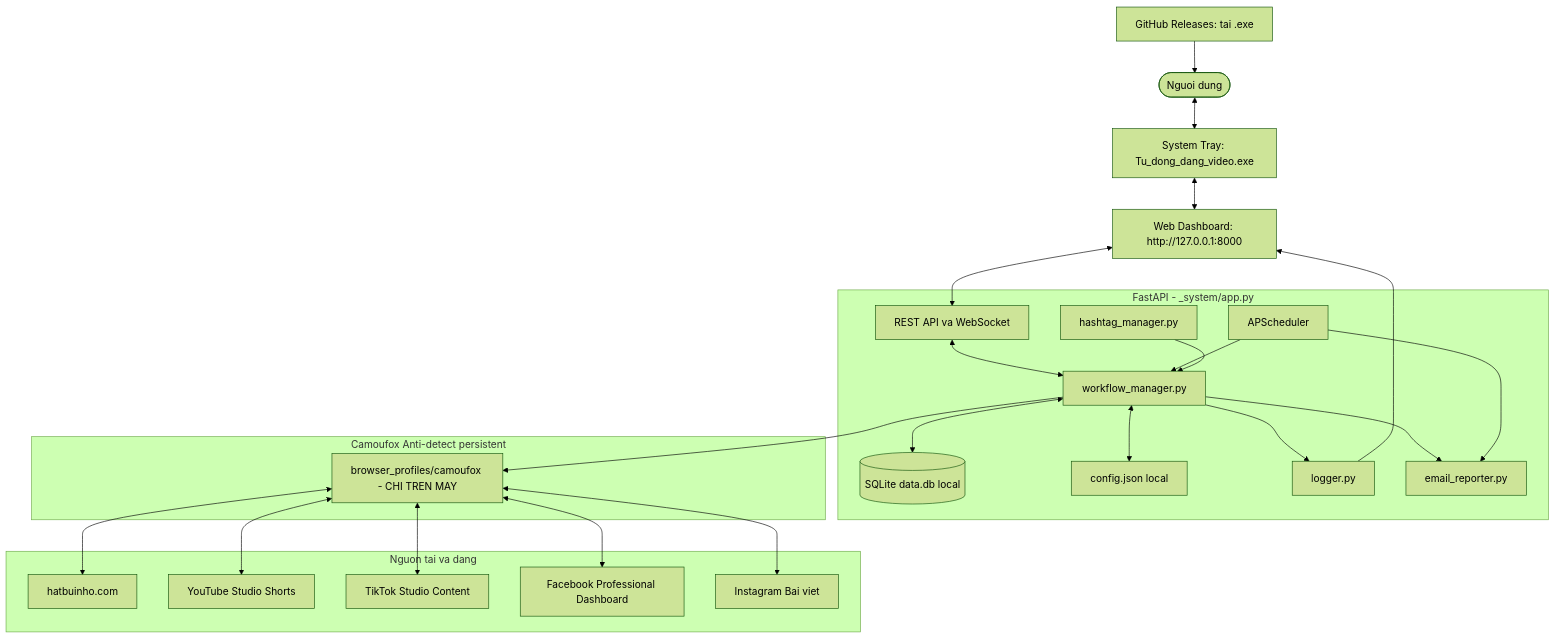
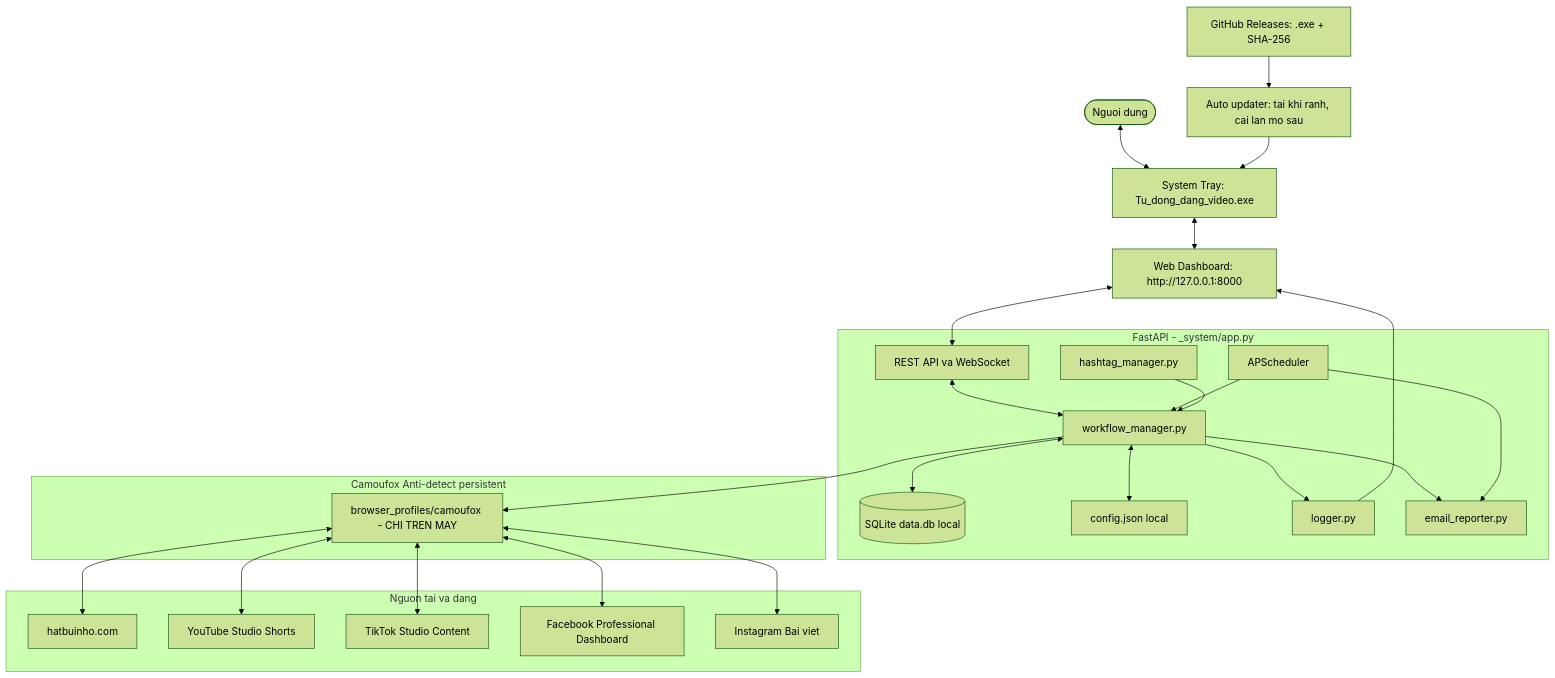
One commit to ngonco/dangvideo changed the diagram in _system/SYSTEM_MAP.MD. Above: the diagram before and after it, drawn with Mermaid (forest theme). The commit also changed other lines of this file and 23 other files, not shown here.

Commit message:
Release v1.12.0: dong goi exe qua GitHub Releases

````diff
--- a/_system/SYSTEM_MAP.MD
+++ b/_system/SYSTEM_MAP.MD
@@ -32,45 +32,46 @@
 ```mermaid
 graph TD
     User([Nguoi dung]) <--> Tray[System Tray: Tu_dong_dang_video.exe]
     Tray <--> Dashboard[Web Dashboard: http://127.0.0.1:8000]
-    GhRelease[GitHub Releases: tai .exe] --> User
+    GhRelease[GitHub Releases: .exe + SHA-256] --> Updater[Auto updater: tai khi ranh, cai lan mo sau]
+    Updater --> Tray
 
     subgraph CoreBackend [FastAPI - _system/app.py]
         API[REST API va WebSocket]
         Scheduler[APScheduler]
         WorkflowMgr[workflow_manager.py]
         DB[(SQLite data.db local)]
         ConfigMgr[config.json local]
         Logger[logger.py]
         HashtagMgr[hashtag_manager.py]
         EmailReporter[email_reporter.py]
     end
 
     subgraph BrowserEngine [Camoufox Anti-detect persistent]
         Browser[browser_profiles/camoufox - CHI TREN MAY]
     end
 
     subgraph Platforms [Nguon tai va dang]
         HatBuiNho[hatbuinho.com]
         YT[YouTube Studio Shorts]
         TT[TikTok Studio Content]
         FB[Facebook Professional Dashboard]
         IG[Instagram Bai viet]
     end
 
     Dashboard <--> API
     API <--> WorkflowMgr
     Scheduler --> WorkflowMgr
     WorkflowMgr <--> DB
     WorkflowMgr <--> ConfigMgr
     WorkflowMgr --> Logger --> Dashboard
     WorkflowMgr --> Browser
     Browser <--> HatBuiNho
     Browser <--> YT
     Browser <--> TT
     Browser <--> FB
     Browser <--> IG
     HashtagMgr --> WorkflowMgr
     WorkflowMgr --> EmailReporter
     Scheduler --> EmailReporter
 ```
````
